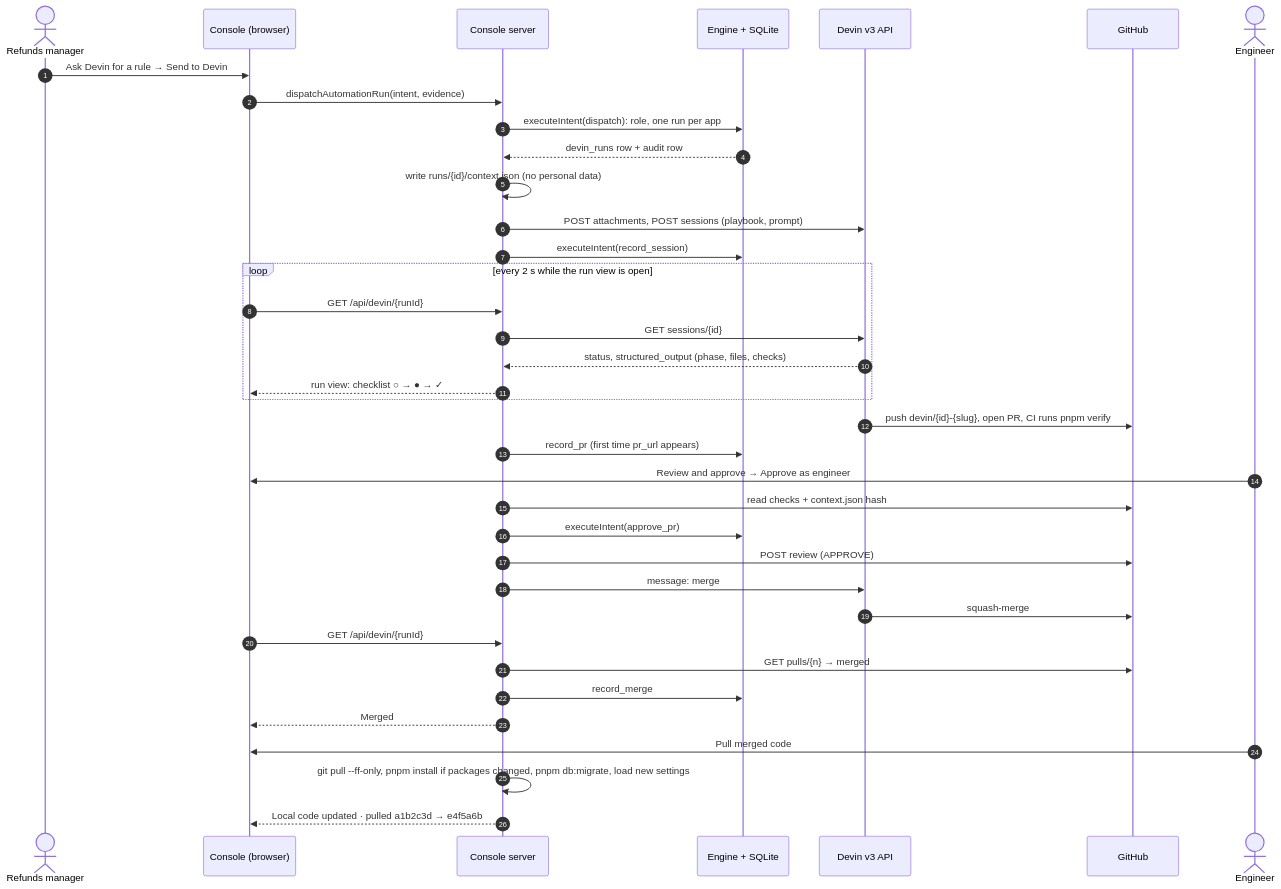
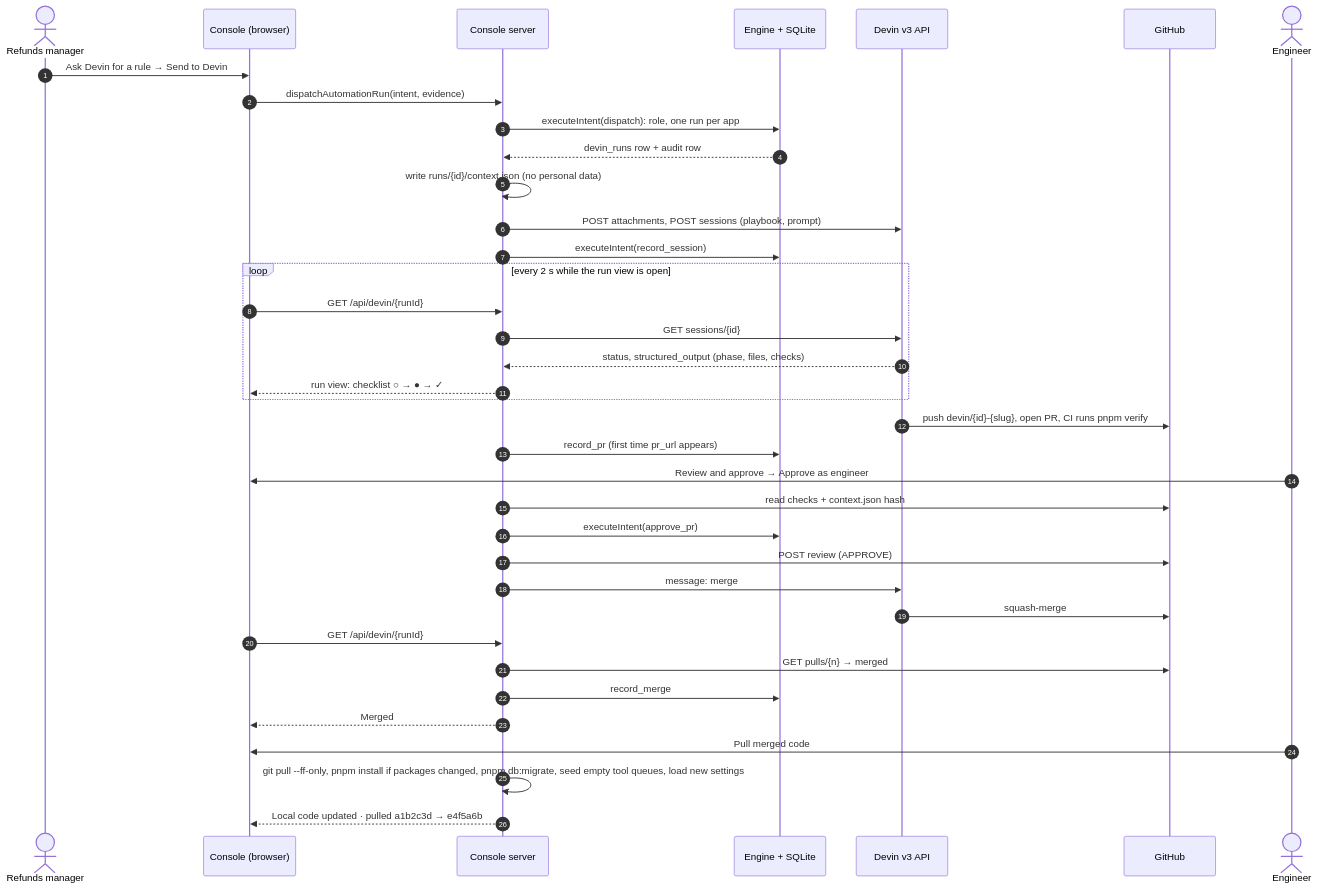
The diagram in README.md (rmtandon1/fintech-internal-tools), drawn with Mermaid before and after one commit. The commit also changed other lines of this file and 3 other files, not shown here.

First line of the commit message:
Document pnpm db:reset and db:seed:new

````diff
--- a/README.md
+++ b/README.md
@@ -155,40 +155,40 @@
 ```mermaid
 sequenceDiagram
     autonumber
     actor M as Refunds manager
     participant UI as Console (browser)
     participant S as Console server
     participant E as Engine + SQLite
     participant D as Devin v3 API
     participant G as GitHub
     actor Eng as Engineer
 
     M->>UI: Ask Devin for a rule → Send to Devin
     UI->>S: dispatchAutomationRun(intent, evidence)
     S->>E: executeIntent(dispatch): role, one run per app
     E-->>S: devin_runs row + audit row
     S->>S: write runs/{id}/context.json (no personal data)
     S->>D: POST attachments, POST sessions (playbook, prompt)
     S->>E: executeIntent(record_session)
     loop every 2 s while the run view is open
         UI->>S: GET /api/devin/{runId}
         S->>D: GET sessions/{id}
         D-->>S: status, structured_output (phase, files, checks)
         S-->>UI: run view: checklist ○ → ● → ✓
     end
     D->>G: push devin/{id}-{slug}, open PR, CI runs pnpm verify
     S->>E: record_pr (first time pr_url appears)
     Eng->>UI: Review and approve → Approve as engineer
     S->>G: read checks + context.json hash
     S->>E: executeIntent(approve_pr)
     S->>G: POST review (APPROVE)
     S->>D: message: merge
     D->>G: squash-merge
     UI->>S: GET /api/devin/{runId}
     S->>G: GET pulls/{n} → merged
     S->>E: record_merge
     S-->>UI: Merged
     Eng->>UI: Pull merged code
-    S->>S: git pull --ff-only, pnpm install if packages changed, pnpm db:migrate, load new settings
+    S->>S: git pull --ff-only, pnpm install if packages changed, pnpm db:migrate, seed empty tool queues, load new settings
     S-->>UI: Local code updated · pulled a1b2c3d → e4f5a6b
 ```
````
